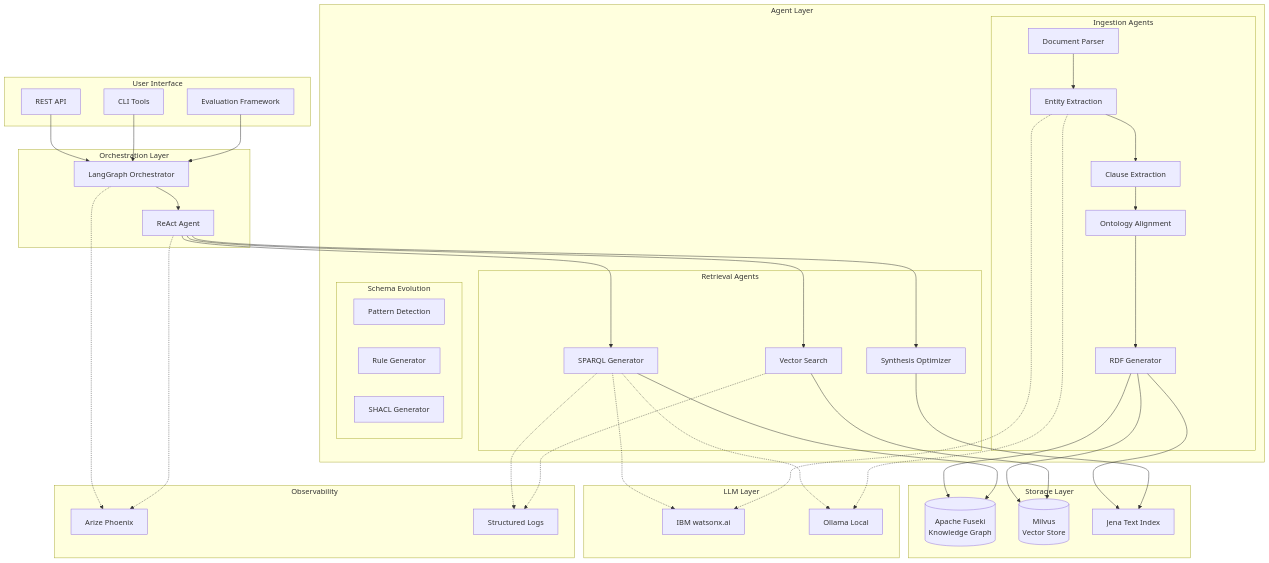
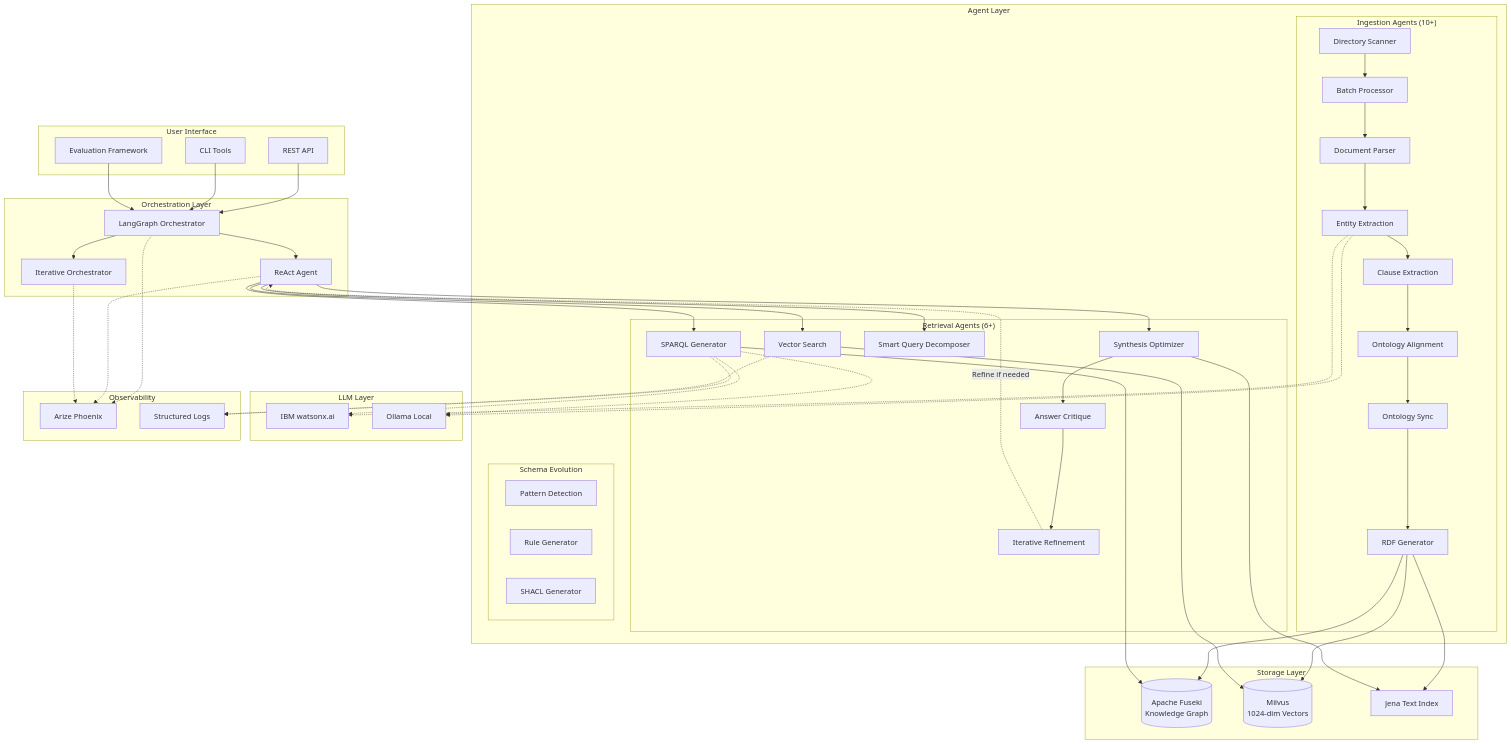
The first of 3 diagrams in docs/architecture/overview.md (raghavginfocus/localcontractan), drawn with Mermaid before and after one commit. The commit also changed other lines of this file and 1 other file, not shown here.

Commit message:
docs: update architecture documentation with new agents and iterative refinement
- Updated overview.md with 10+ ingestion agents and 6+ retrieval agents
- Added new agents: Batch Processor, Directory Scanner, Ontology Sync, Smart Query Decomposer, Answer Critique, Iterative Orchestrator
- Included iterative refinement loop in architecture diagrams
- Updated Milvus vector dimensions to 1024-dim
- Enhanced mermaid diagrams to show complete agent workflows
- Added visual distinction for critique and iteration agents

````diff
--- a/docs/architecture/overview.md
+++ b/docs/architecture/overview.md
@@ -15,21 +15,28 @@
     subgraph "Orchestration Layer"
         LG[LangGraph Orchestrator]
         ReAct[ReAct Agent]
+        Iter[Iterative Orchestrator]
     end
     
     subgraph "Agent Layer"
-        subgraph "Ingestion Agents"
+        subgraph "Ingestion Agents (10+)"
             DocParse[Document Parser]
+            BatchProc[Batch Processor]
+            DirScan[Directory Scanner]
             EntityExt[Entity Extraction]
             ClauseExt[Clause Extraction]
             OntAlign[Ontology Alignment]
+            OntSync[Ontology Sync]
             RDFGen[RDF Generator]
         end
         
-        subgraph "Retrieval Agents"
+        subgraph "Retrieval Agents (6+)"
             SPARQLGen[SPARQL Generator]
             VectorSearch[Vector Search]
+            QueryDecomp[Smart Query Decomposer]
             Synthesis[Synthesis Optimizer]
+            Critique[Answer Critique]
+            IterRefine[Iterative Refinement]
         end
         
         subgraph "Schema Evolution"
@@ -41,7 +48,7 @@
     
     subgraph "Storage Layer"
         Fuseki[(Apache Fuseki<br/>Knowledge Graph)]
-        Milvus[(Milvus<br/>Vector Store)]
+        Milvus[(Milvus<br/>1024-dim Vectors)]
         TextIdx[Jena Text Index]
     end
     
@@ -60,14 +67,23 @@
     Eval --> LG
     
     LG --> ReAct
+    LG --> Iter
     ReAct --> SPARQLGen
     ReAct --> VectorSearch
+    ReAct --> QueryDecomp
     ReAct --> Synthesis
     
+    Synthesis --> Critique
+    Critique --> IterRefine
+    IterRefine -.->|Refine if needed| ReAct
+    
+    BatchProc --> DocParse
+    DirScan --> BatchProc
     DocParse --> EntityExt
     EntityExt --> ClauseExt
     ClauseExt --> OntAlign
-    OntAlign --> RDFGen
+    OntAlign --> OntSync
+    OntSync --> RDFGen
     
     RDFGen --> Fuseki
     RDFGen --> Milvus
@@ -84,6 +100,7 @@
     
     LG -.-> Phoenix
     ReAct -.-> Phoenix
+    Iter -.-> Phoenix
     SPARQLGen -.-> Logs
     VectorSearch -.-> Logs
 ```
````
